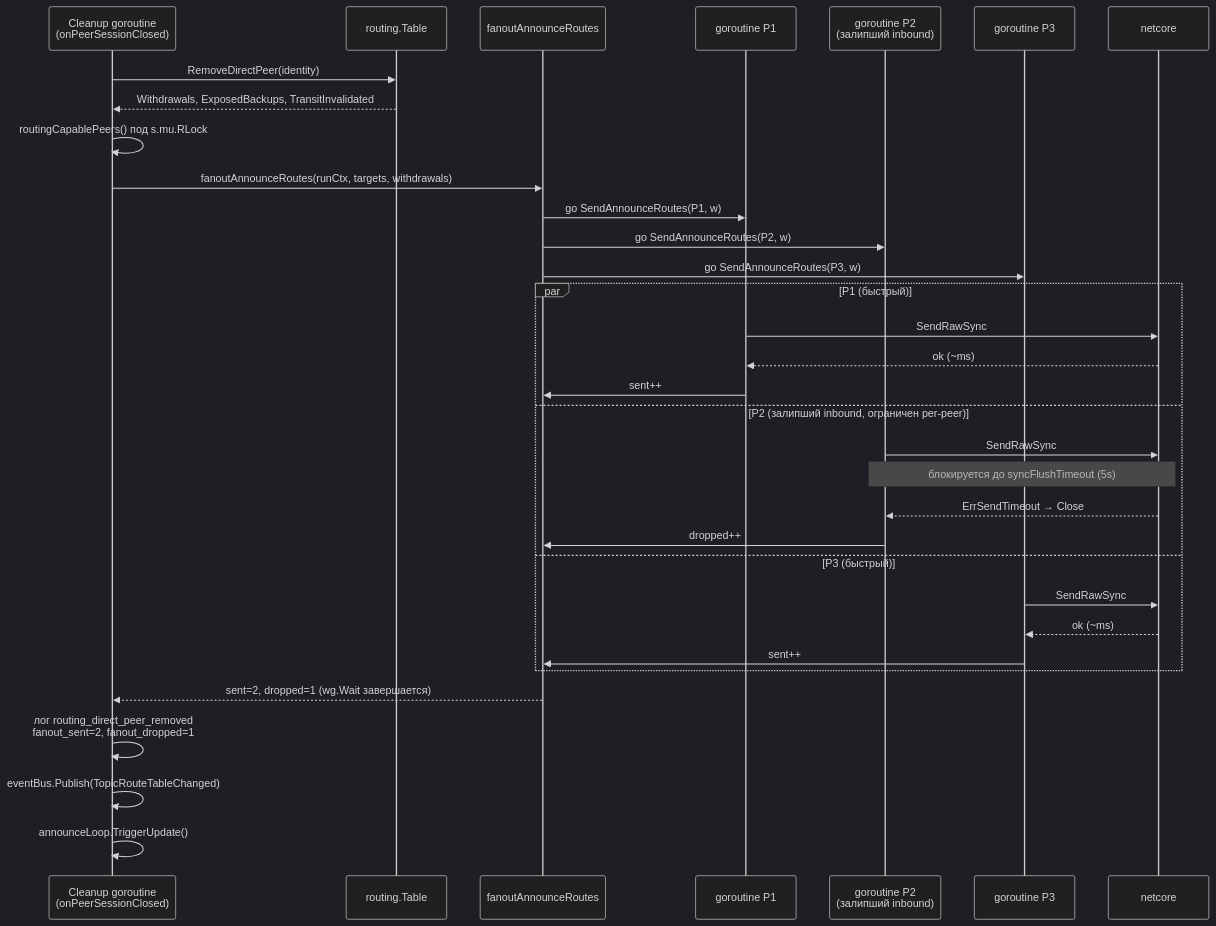
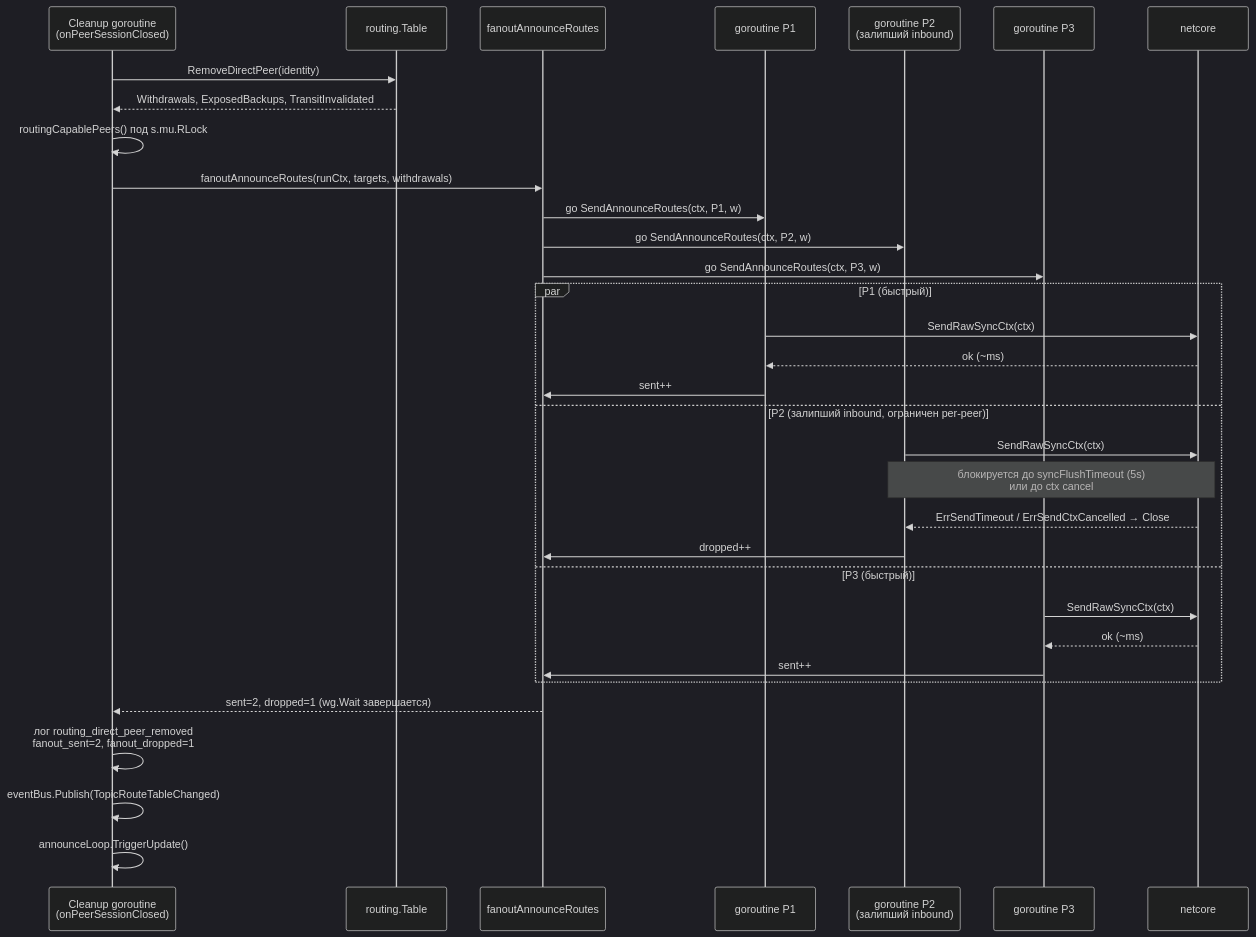
One commit to piratecash/corsa changed diagram 21 of 22 in docs/routing.md. Above: the diagram before and after it, drawn with Mermaid (dark theme). The commit also changed other lines of this file and 23 other files, not shown here.

Commit message:
fix(netcore): honor caller ctx in sync inbound writes

````diff
--- a/docs/routing.md
+++ b/docs/routing.md
@@ -712,36 +712,36 @@
 ```mermaid
 sequenceDiagram
     participant CL as Cleanup goroutine<br/>(onPeerSessionClosed)
     participant RT as routing.Table
     participant FO as fanoutAnnounceRoutes
     participant G1 as goroutine P1
     participant G2 as goroutine P2<br/>(залипший inbound)
     participant G3 as goroutine P3
     participant N as netcore
 
     CL->>RT: RemoveDirectPeer(identity)
     RT-->>CL: Withdrawals, ExposedBackups, TransitInvalidated
     CL->>CL: routingCapablePeers() под s.mu.RLock
     CL->>FO: fanoutAnnounceRoutes(runCtx, targets, withdrawals)
-    FO->>G1: go SendAnnounceRoutes(P1, w)
-    FO->>G2: go SendAnnounceRoutes(P2, w)
-    FO->>G3: go SendAnnounceRoutes(P3, w)
+    FO->>G1: go SendAnnounceRoutes(ctx, P1, w)
+    FO->>G2: go SendAnnounceRoutes(ctx, P2, w)
+    FO->>G3: go SendAnnounceRoutes(ctx, P3, w)
     par P1 (быстрый)
-        G1->>N: SendRawSync
+        G1->>N: SendRawSyncCtx(ctx)
         N-->>G1: ok (~ms)
         G1->>FO: sent++
     and P2 (залипший inbound, ограничен per-peer)
-        G2->>N: SendRawSync
-        Note over G2,N: блокируется до syncFlushTimeout (5s)
-        N-->>G2: ErrSendTimeout → Close
+        G2->>N: SendRawSyncCtx(ctx)
+        Note over G2,N: блокируется до syncFlushTimeout (5s)<br/>или до ctx cancel
+        N-->>G2: ErrSendTimeout / ErrSendCtxCancelled → Close
         G2->>FO: dropped++
     and P3 (быстрый)
-        G3->>N: SendRawSync
+        G3->>N: SendRawSyncCtx(ctx)
         N-->>G3: ok (~ms)
         G3->>FO: sent++
     end
     FO-->>CL: sent=2, dropped=1 (wg.Wait завершается)
     CL->>CL: лог routing_direct_peer_removed<br/>fanout_sent=2, fanout_dropped=1
     CL->>CL: eventBus.Publish(TopicRouteTableChanged)
     CL->>CL: announceLoop.TriggerUpdate()
 ```
````
